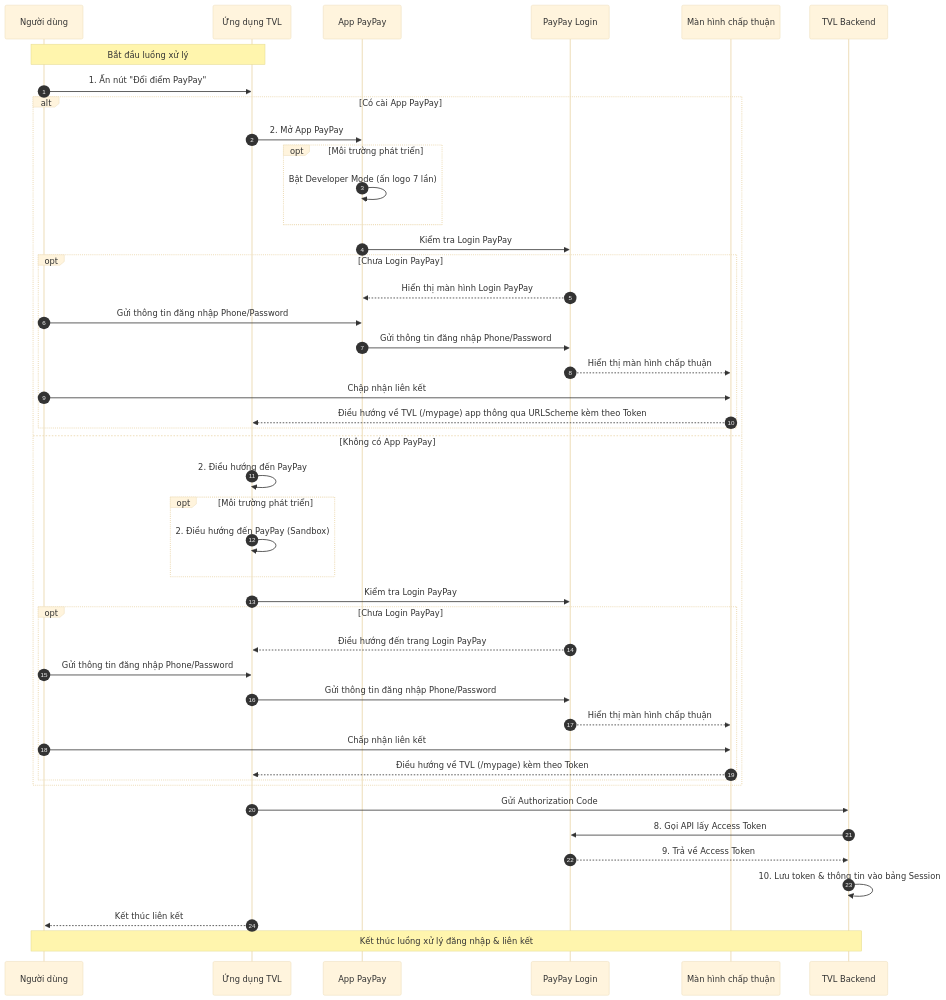
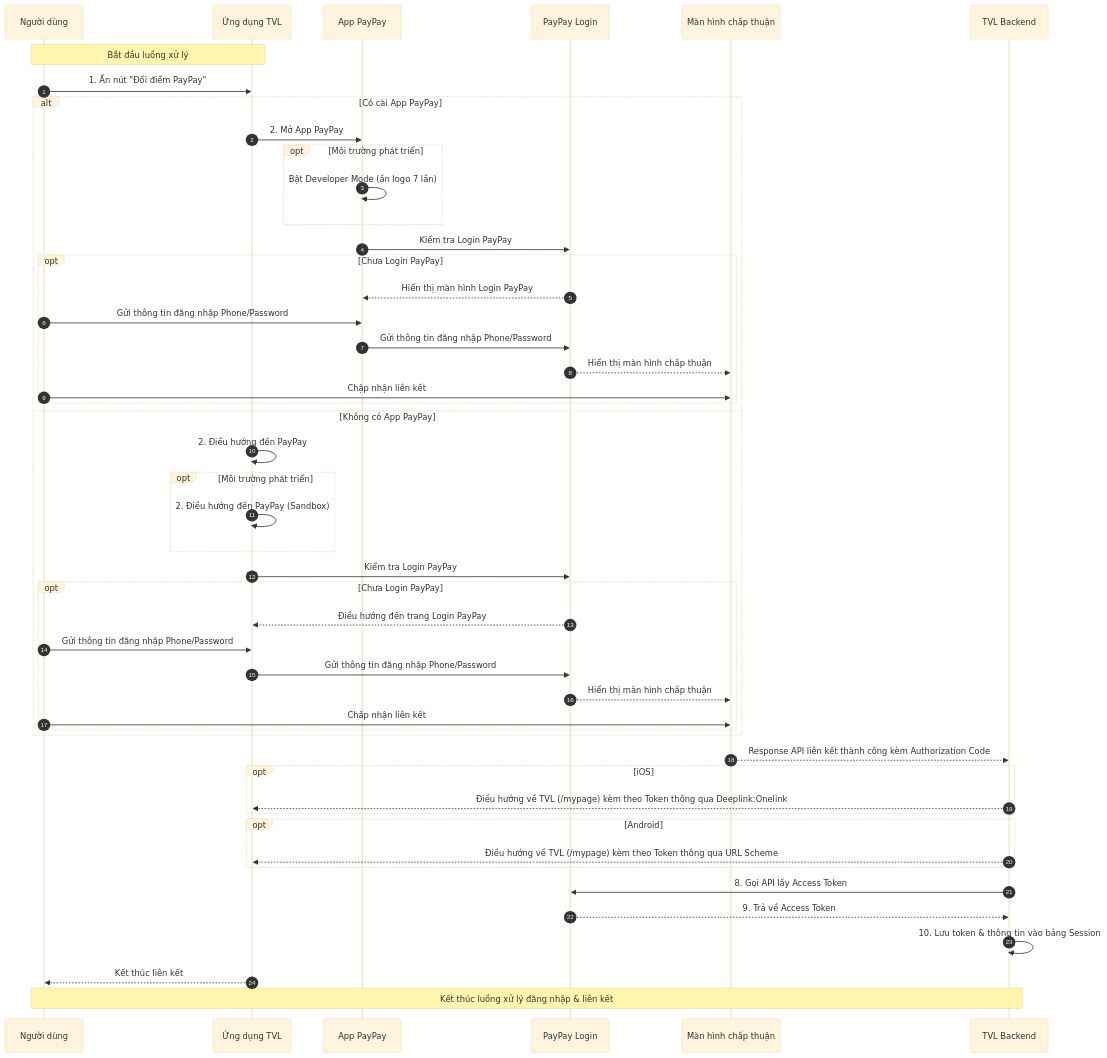
One commit to tuanvh262-zigexn/apw_documents changed the diagram in docs/points_exchange/paypay/[DOC]_paypay_login.md. Above: the diagram before and after it, drawn with Mermaid (base theme).

Commit message:
update diagram - adding BE flow

````diff
--- a/docs/points_exchange/paypay/[DOC]_paypay_login.md
+++ b/docs/points_exchange/paypay/[DOC]_paypay_login.md
@@ -61,60 +61,65 @@
 ```mermaid
 sequenceDiagram
   autonumber
   participant User as Người dùng
   participant TVLApp as Ứng dụng TVL
   participant PayPayApp as App PayPay
   participant PayPayLogin as PayPay Login
   participant Consent as Màn hình chấp thuận
   participant TVLBE as TVL Backend
 
   Note over User,TVLApp: Bắt đầu luồng xử lý
 
   User->>TVLApp: 1. Ấn nút "Đổi điểm PayPay"
   alt Có cài App PayPay
     TVLApp->>PayPayApp: 2. Mở App PayPay
 
 
     opt Môi trường phát triển
       PayPayApp->>PayPayApp: Bật Developer Mode (ấn logo 7 lần)
 
     end
     PayPayApp->>PayPayLogin: Kiểm tra Login PayPay
 
     opt Chưa Login PayPay
       PayPayLogin-->>PayPayApp: Hiển thị màn hình Login PayPay
       User->>PayPayApp: Gửi thông tin đăng nhập Phone/Password
       PayPayApp->>PayPayLogin: Gửi thông tin đăng nhập Phone/Password
       PayPayLogin-->>Consent: Hiển thị màn hình chấp thuận
       User->>Consent: Chập nhận liên kết
-      Consent-->>TVLApp: Điều hướng về TVL (/mypage) app thông qua URLScheme kèm theo Token
+
     end
 
   else Không có App PayPay
     TVLApp->>TVLApp: 2. Điều hướng đến PayPay
     opt Môi trường phát triển
       TVLApp->>TVLApp: 2. Điều hướng đến PayPay (Sandbox)
     end
     TVLApp->>PayPayLogin: Kiểm tra Login PayPay
 
     opt Chưa Login PayPay
       PayPayLogin-->>TVLApp: Điều hướng đến trang Login PayPay
       User->>TVLApp: Gửi thông tin đăng nhập Phone/Password
       TVLApp->>PayPayLogin: Gửi thông tin đăng nhập Phone/Password
       PayPayLogin-->>Consent: Hiển thị màn hình chấp thuận
       User->>Consent: Chấp nhận liên kết
-      Consent-->>TVLApp: Điều hướng về TVL (/mypage) kèm theo Token
     end
 
   end
+  Consent-->>TVLBE: Response API liên kết thành công kèm Authorization Code
+  opt iOS
+  TVLBE-->>TVLApp: Điều hướng về TVL (/mypage) kèm theo Token thông qua Deeplink:Onelink
+  end
+  opt Android
+  TVLBE-->>TVLApp: Điều hướng về TVL (/mypage) kèm theo Token thông qua URL Scheme
+  end
 
-  TVLApp->>TVLBE: Gửi Authorization Code
   TVLBE->>PayPayLogin: 8. Gọi API lấy Access Token
   PayPayLogin-->>TVLBE: 9. Trả về Access Token
   TVLBE->>TVLBE: 10. Lưu token & thông tin vào bảng Session
   TVLApp-->>User: Kết thúc liên kết
 
 
   Note over User,TVLBE: Kết thúc luồng xử lý đăng nhập & liên kết
 
 ```
````
